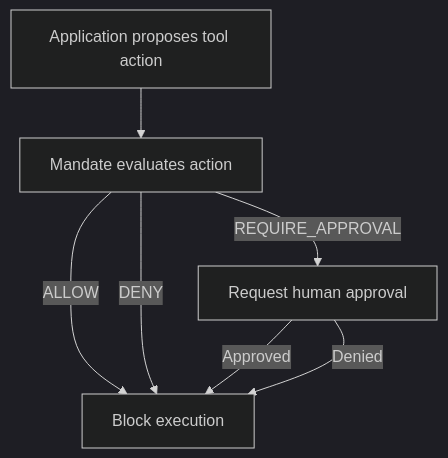
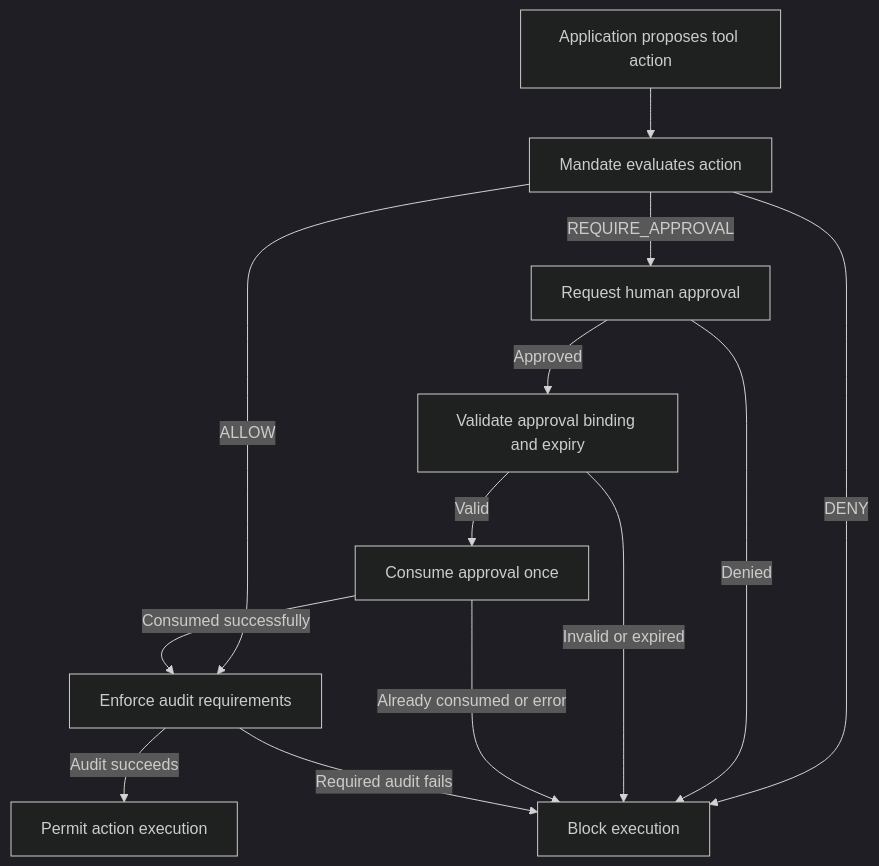
Before and after one commit to shaayar/Mandate: the second of 2 diagrams in README.md, drawn with Mermaid (dark theme). The commit also changed other lines of this file, not shown here.

````diff
--- a/README.md
+++ b/README.md
@@ -90,9 +91,20 @@
 ```mermaid
+
 flowchart TD
-    A[Application proposes tool action] --> B[Mandate evaluates action]
-    B -->|ALLOW| C[Proceed with execution]
-    B -->|DENY| C[Block execution]
-    B -->|REQUIRE_APPROVAL| D[Request human approval]
-    D -->|Approved| C[Proceed with execution]
-    D -->|Denied| C[Block execution]
+    A["Application proposes tool action"] --> B["Mandate evaluates action"]
+
+    B -->|ALLOW| E["Enforce audit requirements"]
+    B -->|DENY| X["Block execution"]
+    B -->|REQUIRE_APPROVAL| D["Request human approval"]
+
+    D -->|Denied| X
+    D -->|Approved| F["Validate approval binding and expiry"]
+    F -->|Invalid or expired| X
+    F -->|Valid| G["Consume approval once"]
+    G -->|Already consumed or error| X
+    G -->|Consumed successfully| E
+
+    E -->|Audit succeeds| H["Permit action execution"]
+    E -->|Required audit fails| X
+
 ```
````
